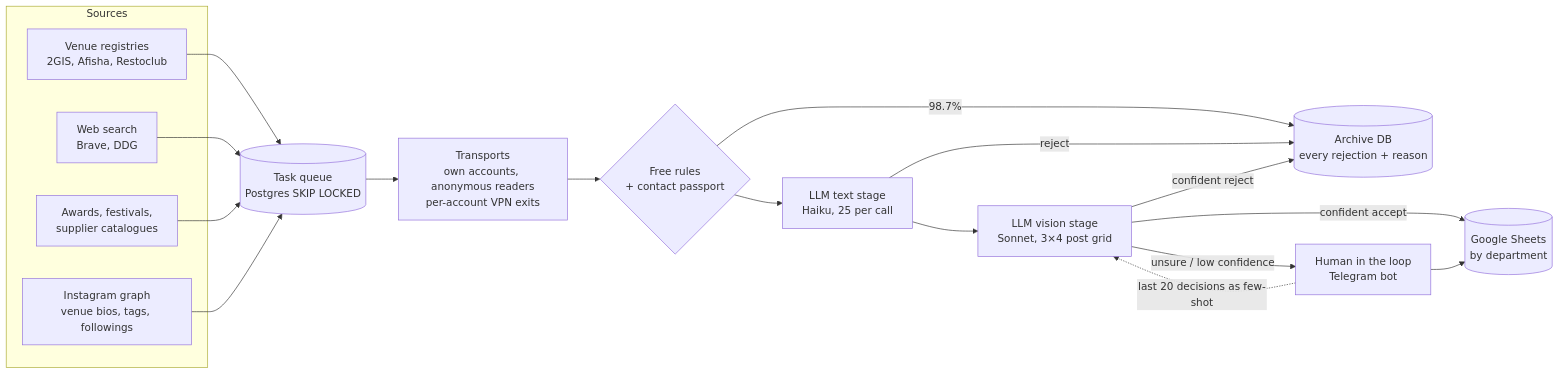
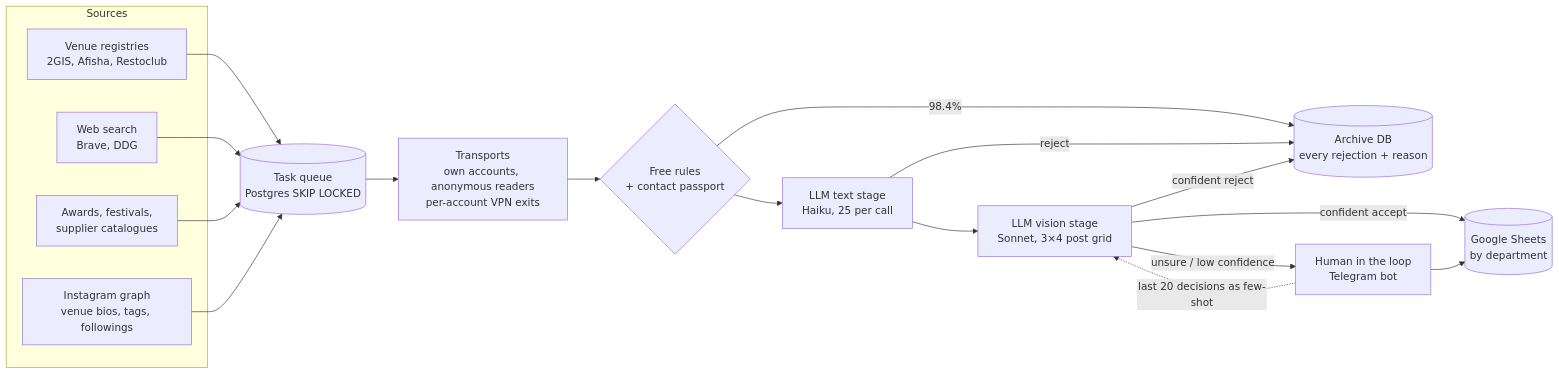
The diagram in README.md (0x-spt/LLM-lead-qualification-HoReCa), drawn with Mermaid before and after one commit. The commit also changed other lines of this file and 11 other files, not shown here.

````diff
--- a/README.md
+++ b/README.md
@@ -37,28 +37,28 @@
 ```mermaid
 flowchart LR
     subgraph Sources
         R[Venue registries<br/>2GIS, Afisha, Restoclub]
         W[Web search<br/>Brave, DDG]
         A[Awards, festivals,<br/>supplier catalogues]
         G[Instagram graph<br/>venue bios, tags, followings]
     end
     Q[(Task queue<br/>Postgres SKIP LOCKED)]
     T[Transports<br/>own accounts, anonymous readers<br/>per-account VPN exits]
     F{Free rules<br/>+ contact passport}
     L1[LLM text stage<br/>Haiku, 25 per call]
     L2[LLM vision stage<br/>Sonnet, 3×4 post grid]
     H[Human in the loop<br/>Telegram bot]
     S[(Google Sheets<br/>by department)]
     X[(Archive DB<br/>every rejection + reason)]
 
     R & W & A & G --> Q --> T --> F
-    F -- 98.7% --> X
+    F -- 98.4% --> X
     F --> L1
     L1 -- reject --> X
     L1 --> L2
     L2 -- confident reject --> X
     L2 -- confident accept --> S
     L2 -- unsure / low confidence --> H
     H --> S
     H -. last 20 decisions as few-shot .-> L2
 ```
````
